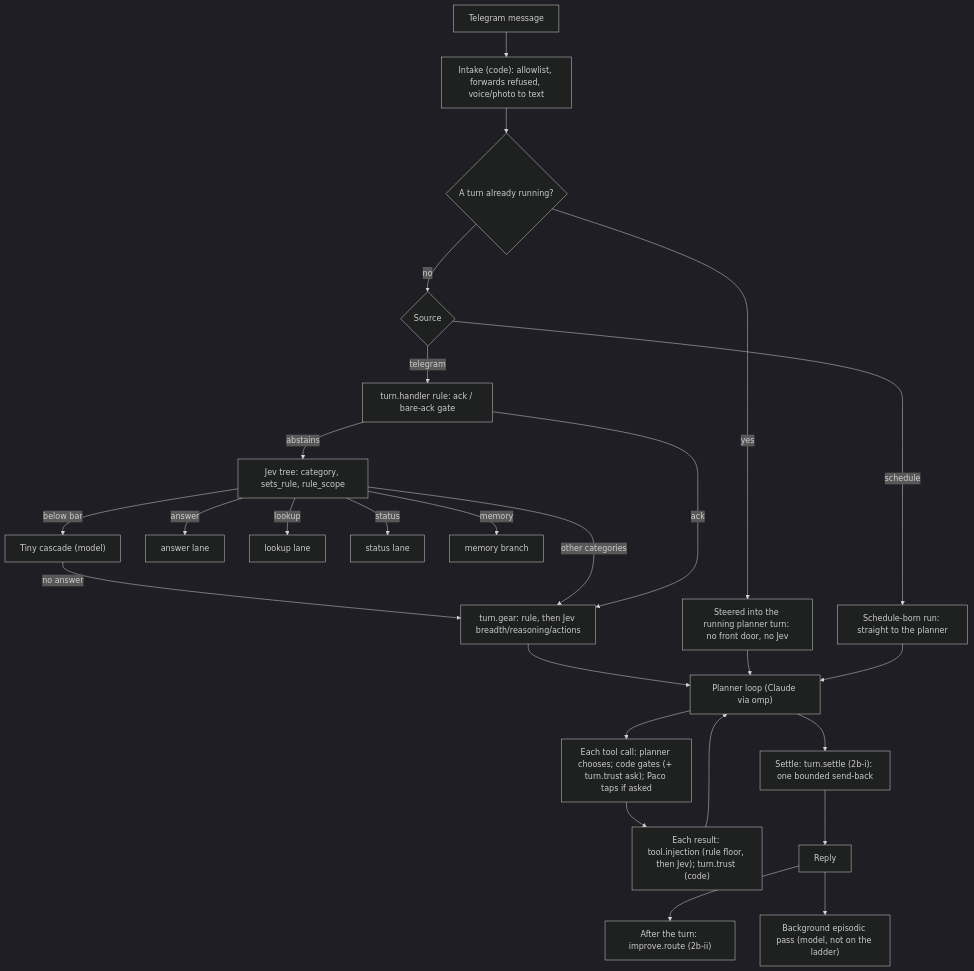
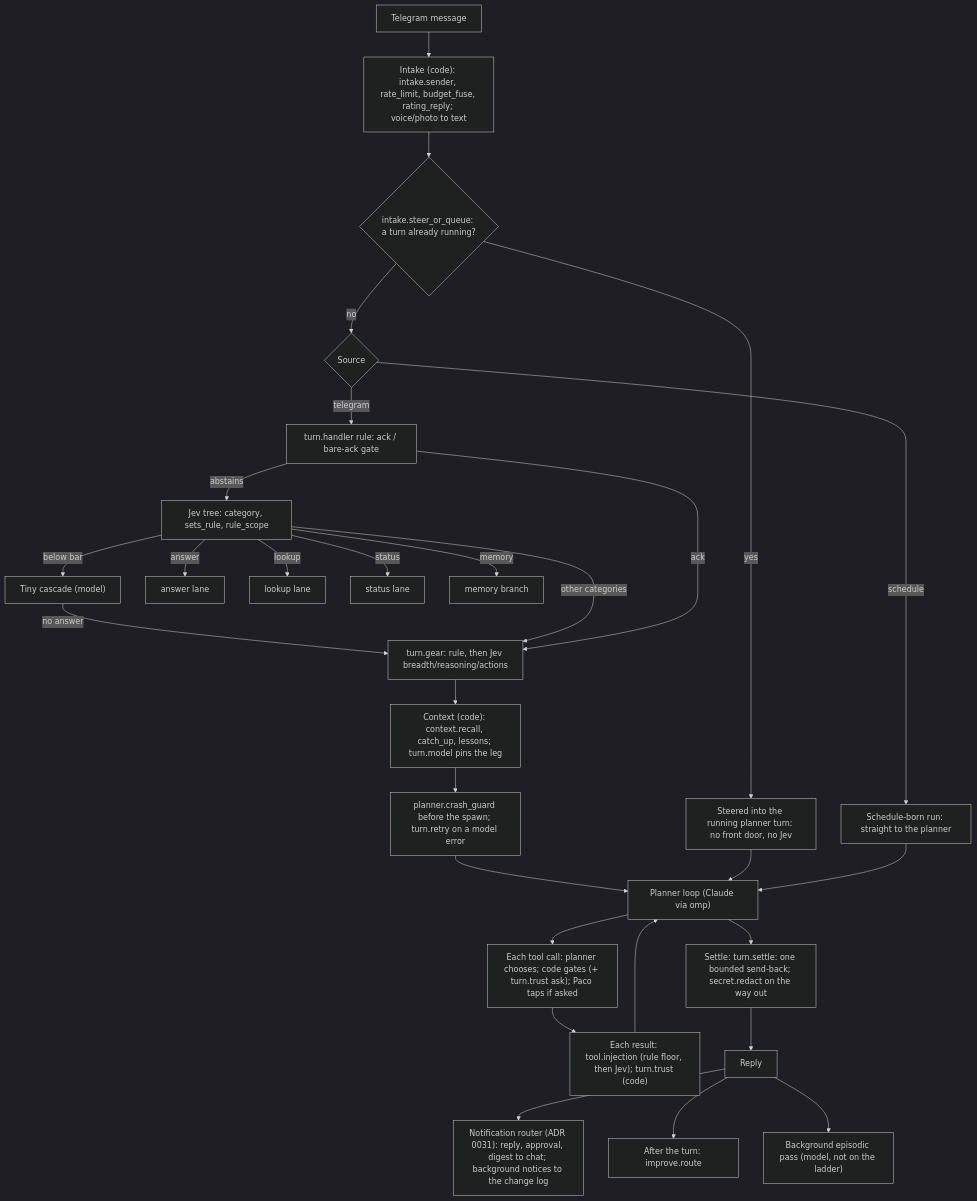
One commit to brahmasky/adventure changed the diagram in docs/reference/decision-map.md. Above: the diagram before and after it, drawn with Mermaid (dark theme). The commit also changed other lines of this file and 7 other files, not shown here.

Commit message:
docs: re-read repo docs against the code; point at ADR 0032-0034

````diff
--- a/docs/reference/decision-map.md
+++ b/docs/reference/decision-map.md
@@ -30,28 +35,31 @@
 ```mermaid
 flowchart TD
-  M["Telegram message"] --> I["Intake (code): allowlist, forwards refused, voice/photo to text"]
-  I --> R{"A turn already running?"}
+  M["Telegram message"] --> I["Intake (code): intake.sender, rate_limit, budget_fuse, rating_reply; voice/photo to text"]
+  I --> R{"intake.steer_or_queue: a turn already running?"}
   R -- yes --> ST["Steered into the running planner turn: no front door, no Jev"]
   R -- no --> S{"Source"}
   S -- schedule --> SP["Schedule-born run: straight to the planner"]
   S -- telegram --> G["turn.handler rule: ack / bare-ack gate"]
   G -->|abstains| J["Jev tree: category, sets_rule, rule_scope"]
   J -->|below bar| T["Tiny cascade (model)"]
   T -->|no answer| P
   J -->|answer| LA["answer lane"]
   J -->|lookup| LL["lookup lane"]
   J -->|status| LS["status lane"]
   J -->|memory| MK["memory branch"]
   J -->|other categories| P
   G -->|ack| P
-  P["turn.gear: rule, then Jev breadth/reasoning/actions"] --> PL["Planner loop (Claude via omp)"]
+  P["turn.gear: rule, then Jev breadth/reasoning/actions"] --> CX["Context (code): context.recall, catch_up, lessons; turn.model pins the leg"]
+  CX --> CG["planner.crash_guard before the spawn; turn.retry on a model error"]
+  CG --> PL["Planner loop (Claude via omp)"]
   ST --> PL
   SP --> PL
   PL --> TC["Each tool call: planner chooses; code gates (+ turn.trust ask); Paco taps if asked"]
   TC --> TR["Each result: tool.injection (rule floor, then Jev); turn.trust (code)"]
   TR --> PL
-  PL --> SE["Settle: turn.settle (2b-i): one bounded send-back"]
+  PL --> SE["Settle: turn.settle: one bounded send-back; secret.redact on the way out"]
   SE --> RP["Reply"]
-  RP --> IR["After the turn: improve.route (2b-ii)"]
+  RP --> NR["Notification router (ADR 0031): reply, approval, digest to chat; background notices to the change log"]
+  RP --> IR["After the turn: improve.route"]
   RP --> BG["Background episodic pass (model, not on the ladder)"]
 ```
````
